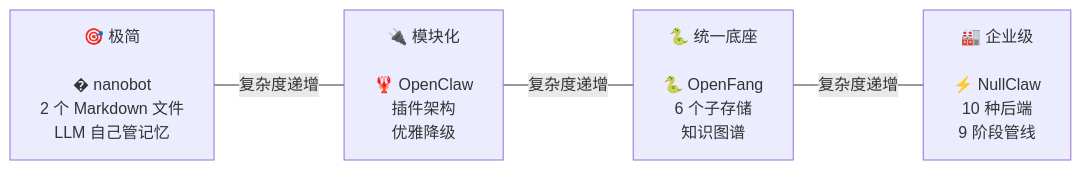
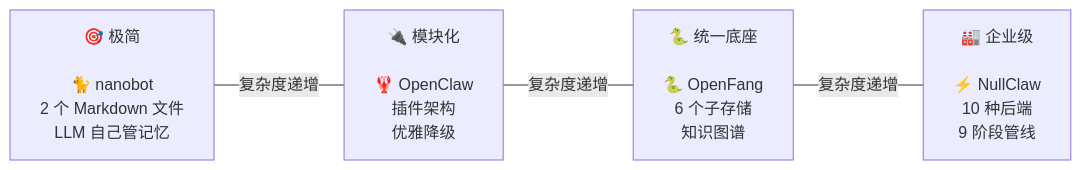
One commit to breath57/how-ai-agents-remember changed the fifth of 5 diagrams in README.md. Above: the diagram before and after it, drawn with Mermaid. The commit also changed other lines of this file and 1 other file, not shown here.

First line of the commit message:
docs: improve project cards layout and fix Mermaid line breaks

````diff
--- a/README.md
+++ b/README.md
@@ -254,6 +242,6 @@
 ```mermaid
 graph LR
-    A["🎯 极简\n\n� nanobot\n2 个 Markdown 文件\nLLM 自己管记忆"] ---|复杂度递增| B["🔌 模块化\n\n🦞 OpenClaw\n插件架构\n优雅降级"]
-    B ---|复杂度递增| C["🐍 统一底座\n\n🐍 OpenFang\n6 个子存储\n知识图谱"]
-    C ---|复杂度递增| D["🏭 企业级\n\n⚡ NullClaw\n10 种后端\n9 阶段管线"]
+    A["`🎯 极简<br/><br/>🐈 nanobot<br/>2 个 Markdown 文件<br/>LLM 自己管记忆`"] ---|复杂度递增| B["`🔌 模块化<br/><br/>🦞 OpenClaw<br/>插件架构<br/>优雅降级`"]
+    B ---|复杂度递增| C["`🐍 统一底座<br/><br/>🐍 OpenFang<br/>6 个子存储<br/>知识图谱`"]
+    C ---|复杂度递增| D["`🏭 企业级<br/><br/>⚡ NullClaw<br/>10 种后端<br/>9 阶段管线`"]
 ```
````
